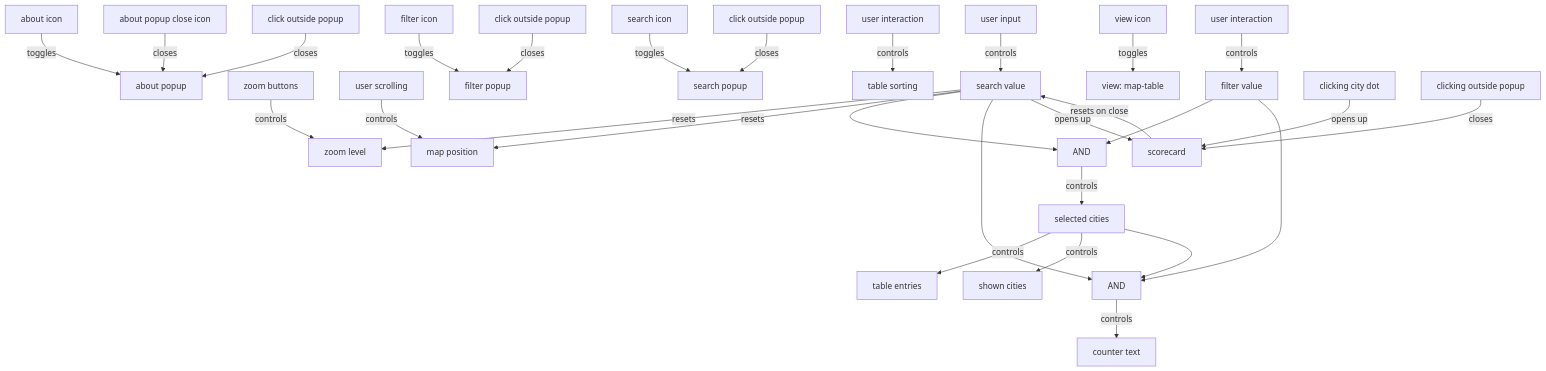
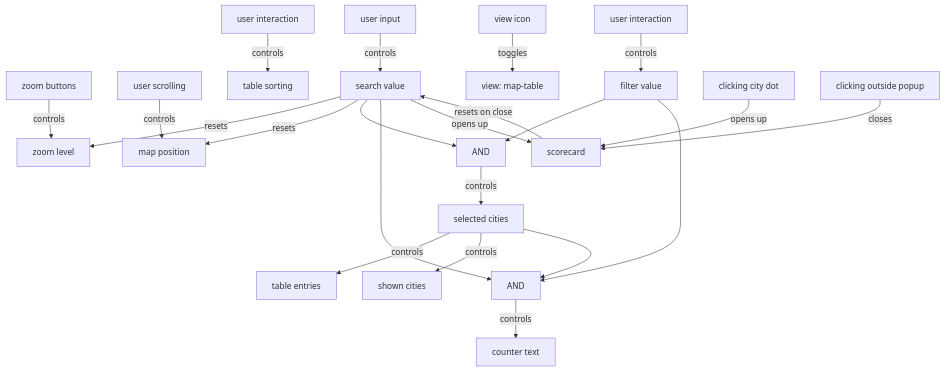
The diagram in README.md (ParkingReformNetwork/reform-map), drawn with Mermaid before and after one commit. The commit also changed other lines of this file, not shown here.

Commit message:
Simplify state diagram

````diff
--- a/README.md
+++ b/README.md
@@ -155,23 +155,10 @@
 ```mermaid
 graph TD
-    A[about icon]
-    B[about popup]
-    C[about popup close icon]
-    D[click outside popup]
-
     E[zoom buttons]
     F[zoom level]
 
     G[map position]
     H[user scrolling]
-
-    K[filter popup]
-    L[filter icon]
-    M[click outside popup]
-
-    N[search popup]
-    O[search icon]
-    P[click outside popup]
 
     Q[table entries]
 
@@ -204,16 +191,6 @@
 
     S -->|controls| R
 
-    A -->|toggles| B
-    C -->|closes| B
-    D -->|closes| B
-
-    L -->|toggles| K
-    M -->|closes| K
-
-    O -->|toggles| N
-    P -->|closes| N
-
     E -->|controls| F
     X -->|resets| F
 
````
